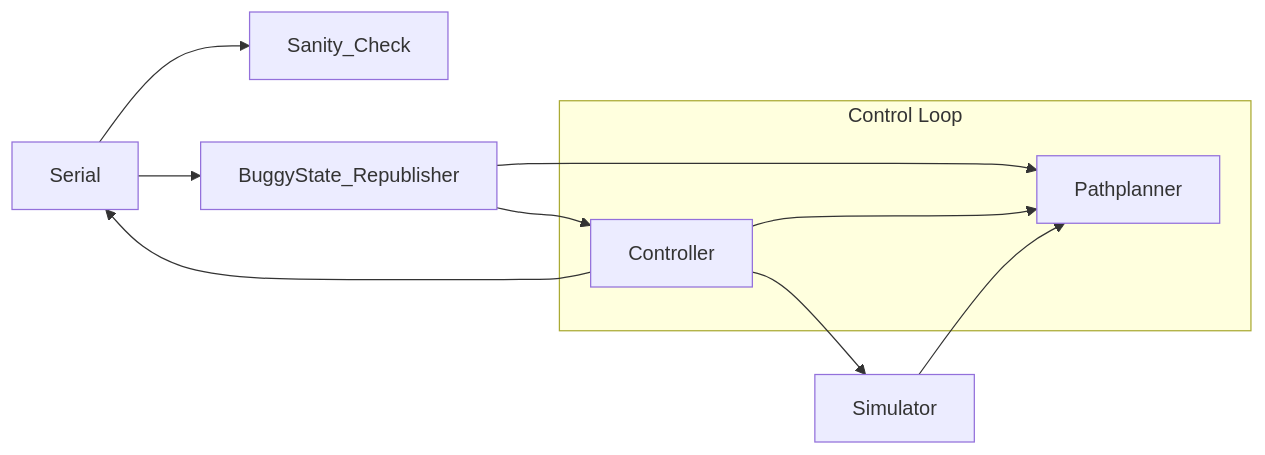
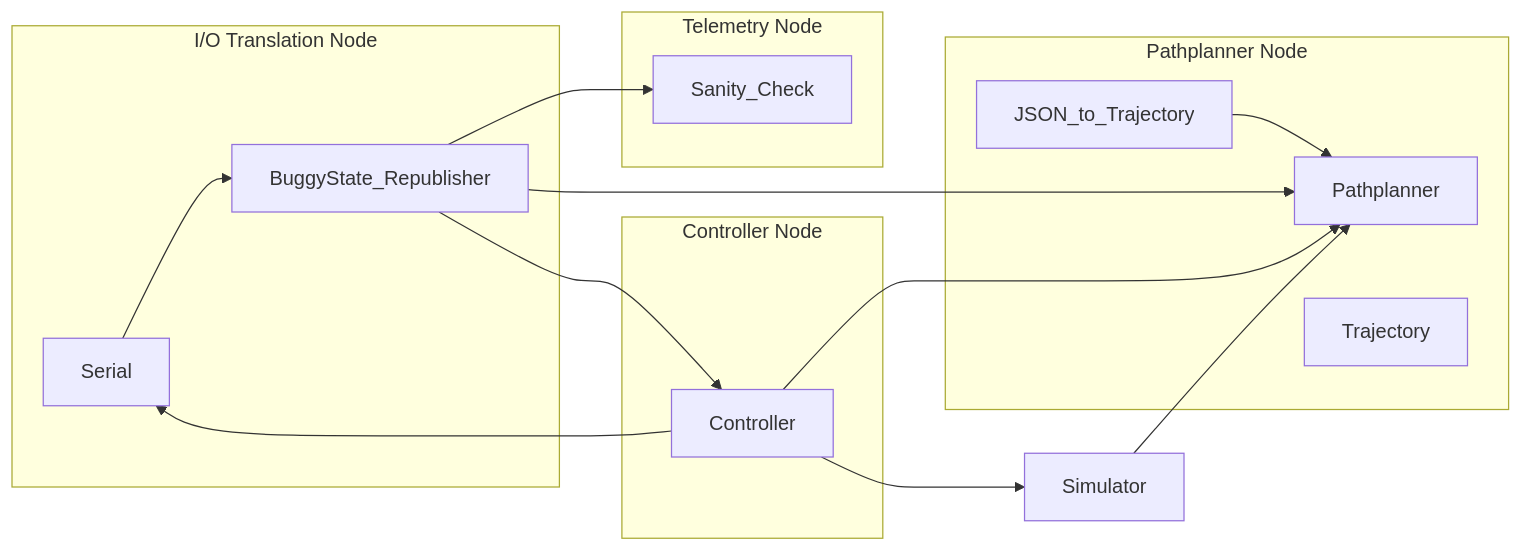
Before and after one commit to CMU-Robotics-Club/RoboBuggy2: the diagram in docs/architecture/code_flow.md, drawn with Mermaid.

Commit message:
rosnode organization (draft 2)

````diff
--- a/docs/architecture/code_flow.md
+++ b/docs/architecture/code_flow.md
@@ -9,24 +9,39 @@
 ```mermaid
 flowchart LR
-    Serial --> Sanity_Check
 
-    subgraph Control Loop
-        Controller --> Pathplanner
+    subgraph I/O Translation Node
+        Serial
+        BuggyState_Republisher
     end
 
-    Simulator --> Pathplanner
-    Controller --> Simulator
+    subgraph Controller Node
+        Controller
+    end
 
+    subgraph Pathplanner Node
+        JSON_to_Trajectory
+        Pathplanner
+        Trajectory
+    end
 
+    subgraph Telemetry Node
+        Sanity_Check
+    end
 
 
     Serial --> BuggyState_Republisher
+    BuggyState_Republisher --> Sanity_Check
+    Controller --> Serial
 
     BuggyState_Republisher --> Pathplanner
     BuggyState_Republisher --> Controller
 
 
+    Controller --> Pathplanner
+    Simulator --> Pathplanner
+    Controller --> Simulator
 
-    Controller --> Serial
+
+    JSON_to_Trajectory --> Pathplanner
 
 ```
````
